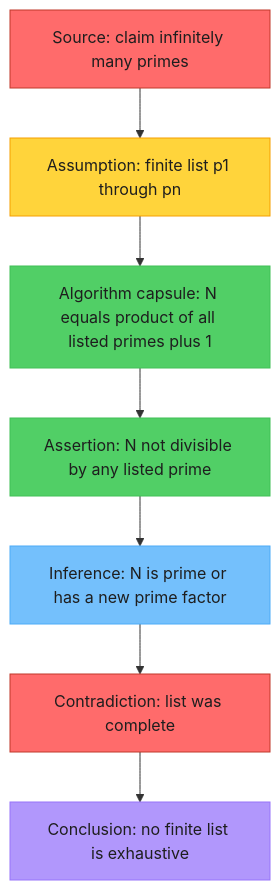
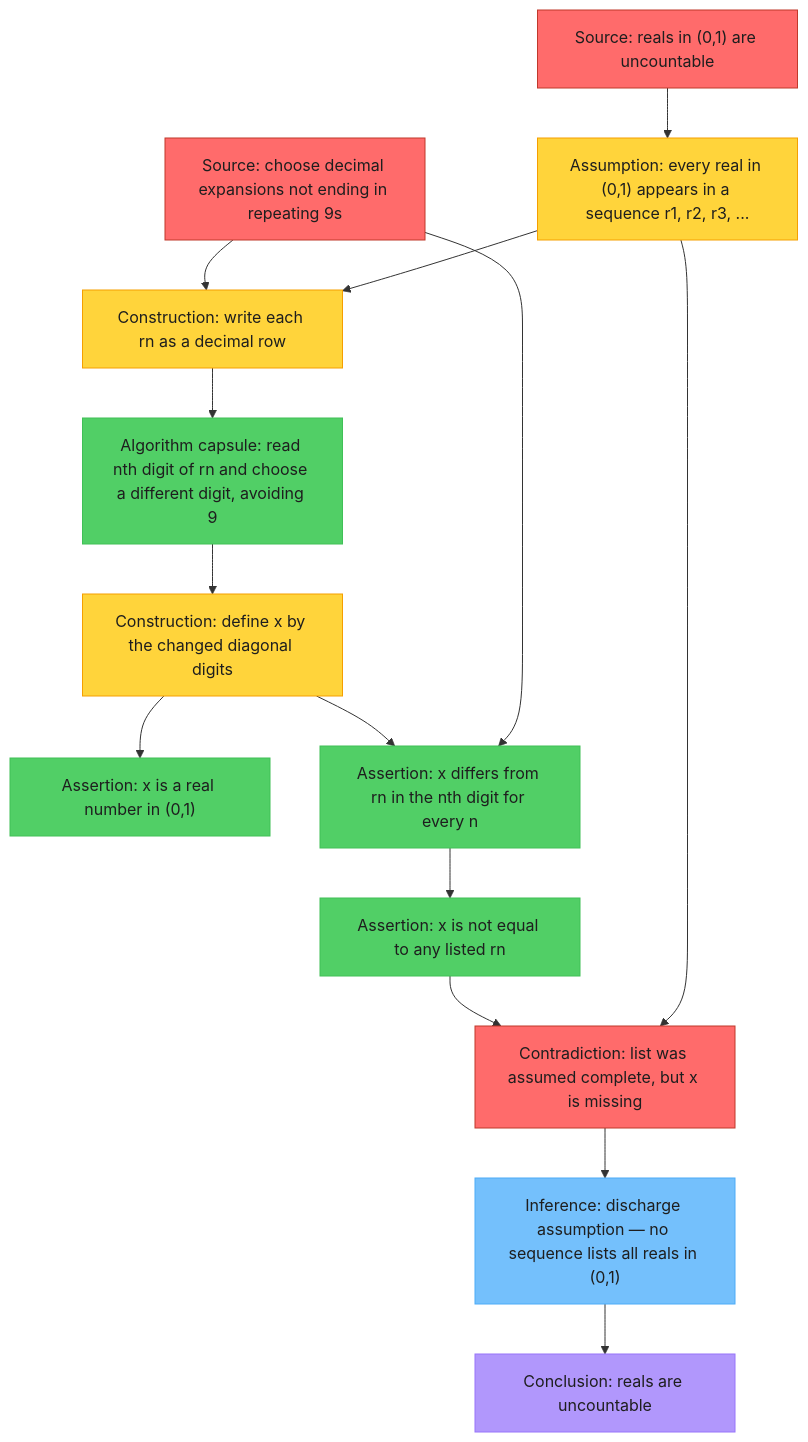
Before and after one commit to garywelz/progframe: the eighth of 8 diagrams in collaborations/mathematics-database/algorithms-axiomatic-theories-proofs-revised.md, drawn with Mermaid. The commit also changed other lines of this file and 11 other files, not shown here.

First line of the commit message:
Add Cantor diagonal proof graph figure and fix PDF layout

````diff
--- a/collaborations/mathematics-database/algorithms-axiomatic-theories-proofs-revised.md
+++ b/collaborations/mathematics-database/algorithms-axiomatic-theories-proofs-revised.md
@@ -666,21 +538,35 @@
 ```mermaid
 flowchart TD
-    A["Source: claim infinitely many primes"]
-    B["Assumption: finite list p1 through pn"]
-    C["Algorithm capsule: N equals product of all listed primes plus 1"]
-    D["Assertion: N not divisible by any listed prime"]
-    E["Inference: N is prime or has a new prime factor"]
-    F["Contradiction: list was complete"]
-    G["Conclusion: no finite list is exhaustive"]
-    A --> B --> C --> D --> E --> F --> G
-    classDef red fill:#ff6b6b,color:#1e1e1e,stroke:#c0392b
-    classDef yellow fill:#ffd43b,color:#1e1e1e,stroke:#f59f00
-    classDef green fill:#51cf66,color:#1e1e1e,stroke:#40c057
-    classDef lightblue fill:#74c0fc,color:#1e1e1e,stroke:#4dabf7
-    classDef violet fill:#b197fc,color:#1e1e1e,stroke:#9775fa
-    class A,F red
-    class B yellow
-    class C,D green
-    class E lightblue
-    class G violet
+  T["Source: reals in (0,1) are uncountable"]
+  AL["Assumption: every real in (0,1) appears in a sequence r1, r2, r3, ..."]
+  DR["Construction: write each rn as a decimal row"]
+  DC["Source: choose decimal expansions not ending in repeating 9s"]
+  DD["Algorithm capsule: read nth digit of rn and choose a different digit, avoiding 9"]
+  CX["Construction: define x by the changed diagonal digits"]
+  XI["Assertion: x is a real number in (0,1)"]
+  DF["Assertion: x differs from rn in the nth digit for every n"]
+  NL["Assertion: x is not equal to any listed rn"]
+  CT["Contradiction: list was assumed complete, but x is missing"]
+  DS["Inference: discharge assumption — no sequence lists all reals in (0,1)"]
+  CC["Conclusion: reals are uncountable"]
+  T --> AL --> DR --> DD --> CX
+  DC --> DR
+  DC --> DF
+  CX --> XI
+  CX --> DF
+  DF --> NL
+  AL --> CT
+  NL --> CT
+  CT --> DS --> CC
+  classDef red fill:#ff6b6b,color:#1e1e1e,stroke:#c0392b
+  classDef yellow fill:#ffd43b,color:#1e1e1e,stroke:#f59f00
+  classDef green fill:#51cf66,color:#1e1e1e,stroke:#40c057
+  classDef lightblue fill:#74c0fc,color:#1e1e1e,stroke:#4dabf7
+  classDef violet fill:#b197fc,color:#1e1e1e,stroke:#9775fa
+  class T,DC,CT red
+  class AL yellow
+  class DR,CX yellow
+  class DD,XI,DF,NL green
+  class DS lightblue
+  class CC violet
 ```
````
